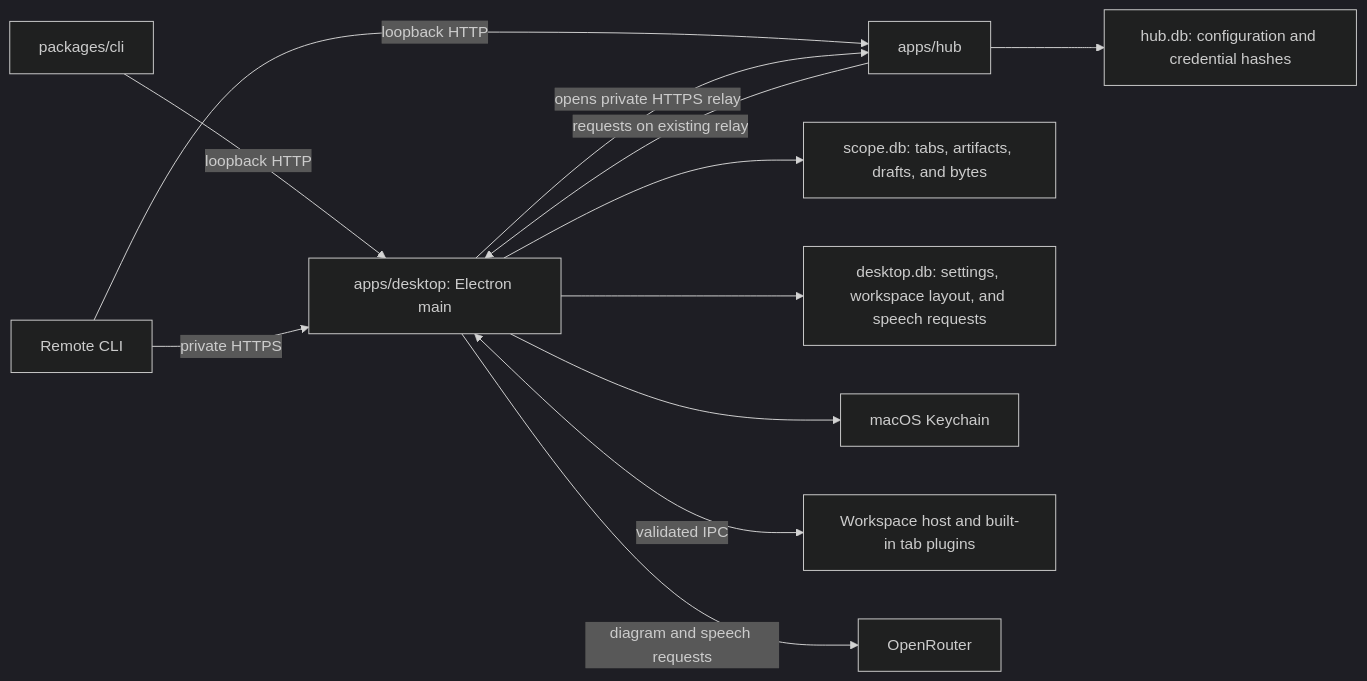
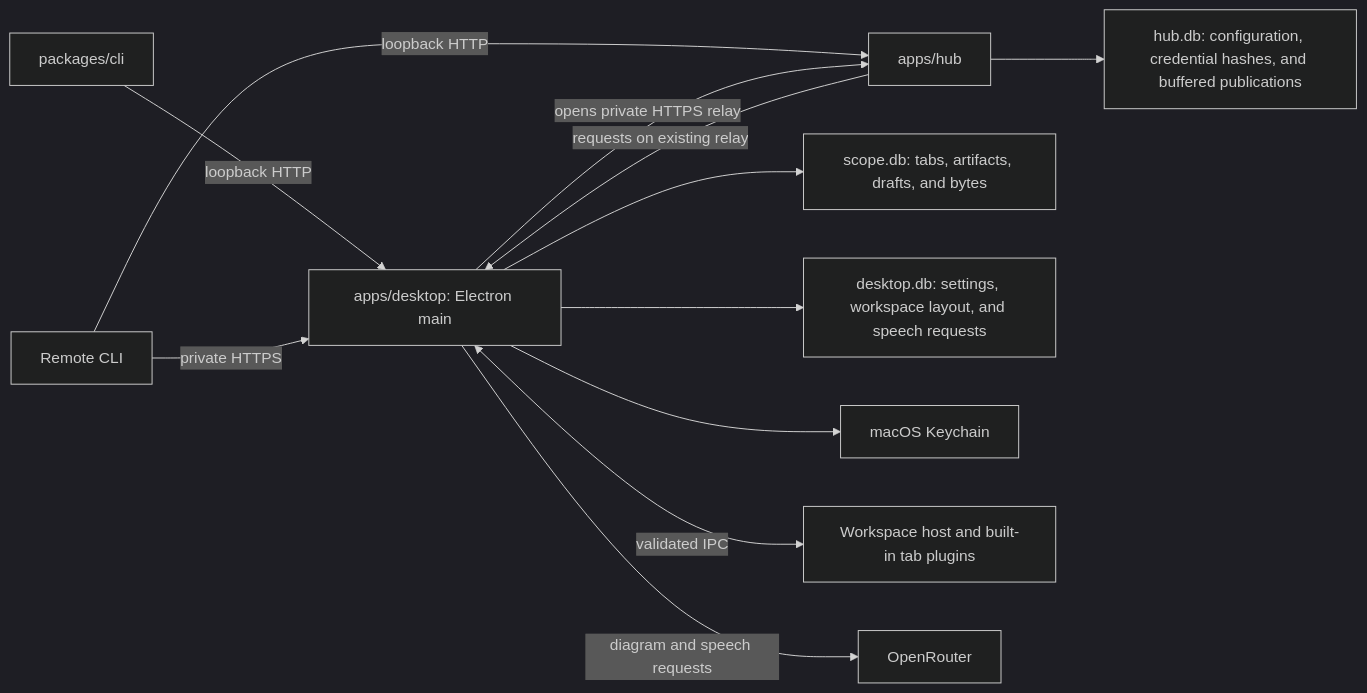
The diagram in docs/architecture.md (alundgren/irudd-scope), drawn with Mermaid (dark theme) before and after one commit. The commit also changed other lines of this file and 22 other files, not shown here.

Commit message:
feat(hub): buffer offline publications for paired Macs

````diff
--- a/docs/architecture.md
+++ b/docs/architecture.md
@@ -7,14 +8,14 @@
 ```mermaid
 flowchart LR
     CLI[packages/cli] -->|loopback HTTP| Desktop[apps/desktop: Electron main]
     Remote[Remote CLI] -->|private HTTPS| Desktop
     Remote -->|loopback HTTP| Hub[apps/hub]
     Desktop -->|opens private HTTPS relay| Hub
     Hub -->|requests on existing relay| Desktop
-    Hub --> HubSettings[hub.db: configuration and credential hashes]
+    Hub --> HubSettings[hub.db: configuration, credential hashes, and buffered publications]
     Desktop --> Artifacts[scope.db: tabs, artifacts, drafts, and bytes]
     Desktop --> Preferences[desktop.db: settings, workspace layout, and speech requests]
     Desktop --> Keychain[macOS Keychain]
     Desktop <-->|validated IPC| UI[Workspace host and built-in tab plugins]
     Desktop -->|diagram and speech requests| Provider[OpenRouter]
 ```
````
